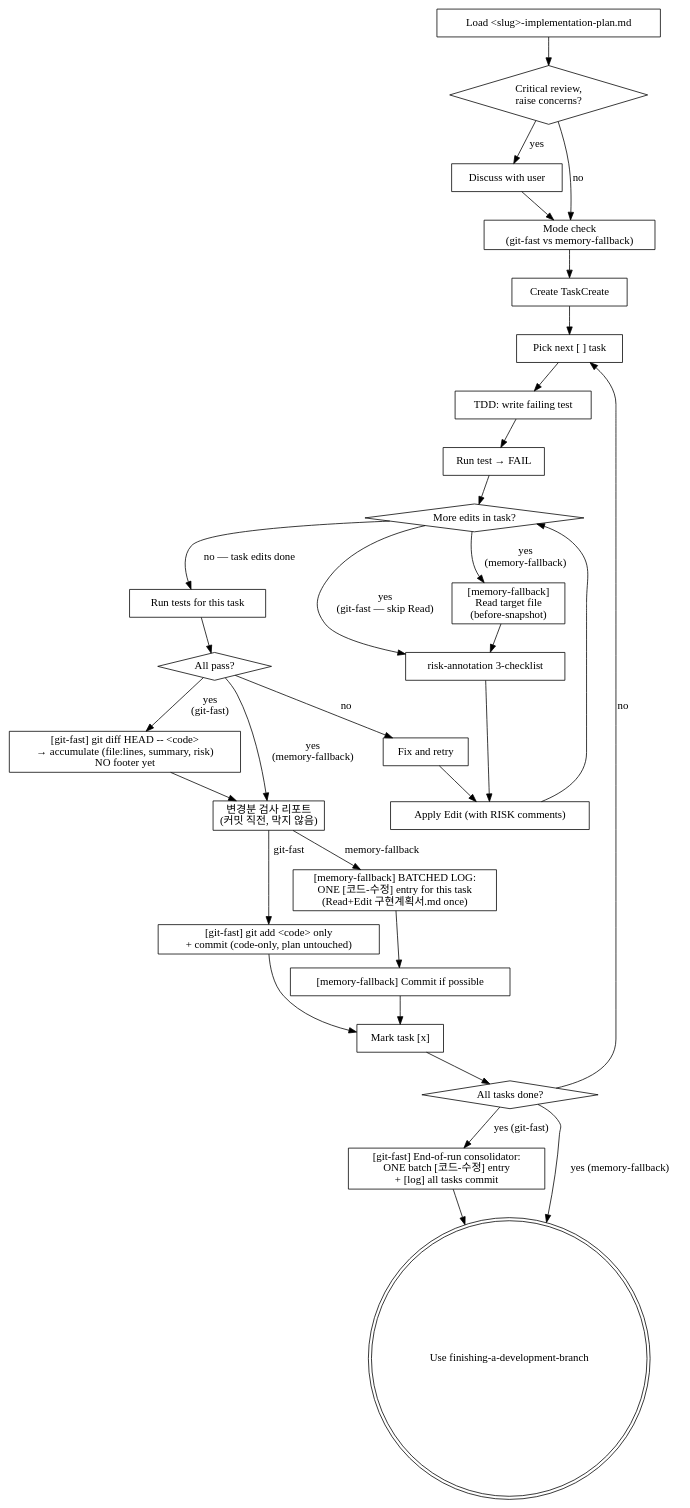
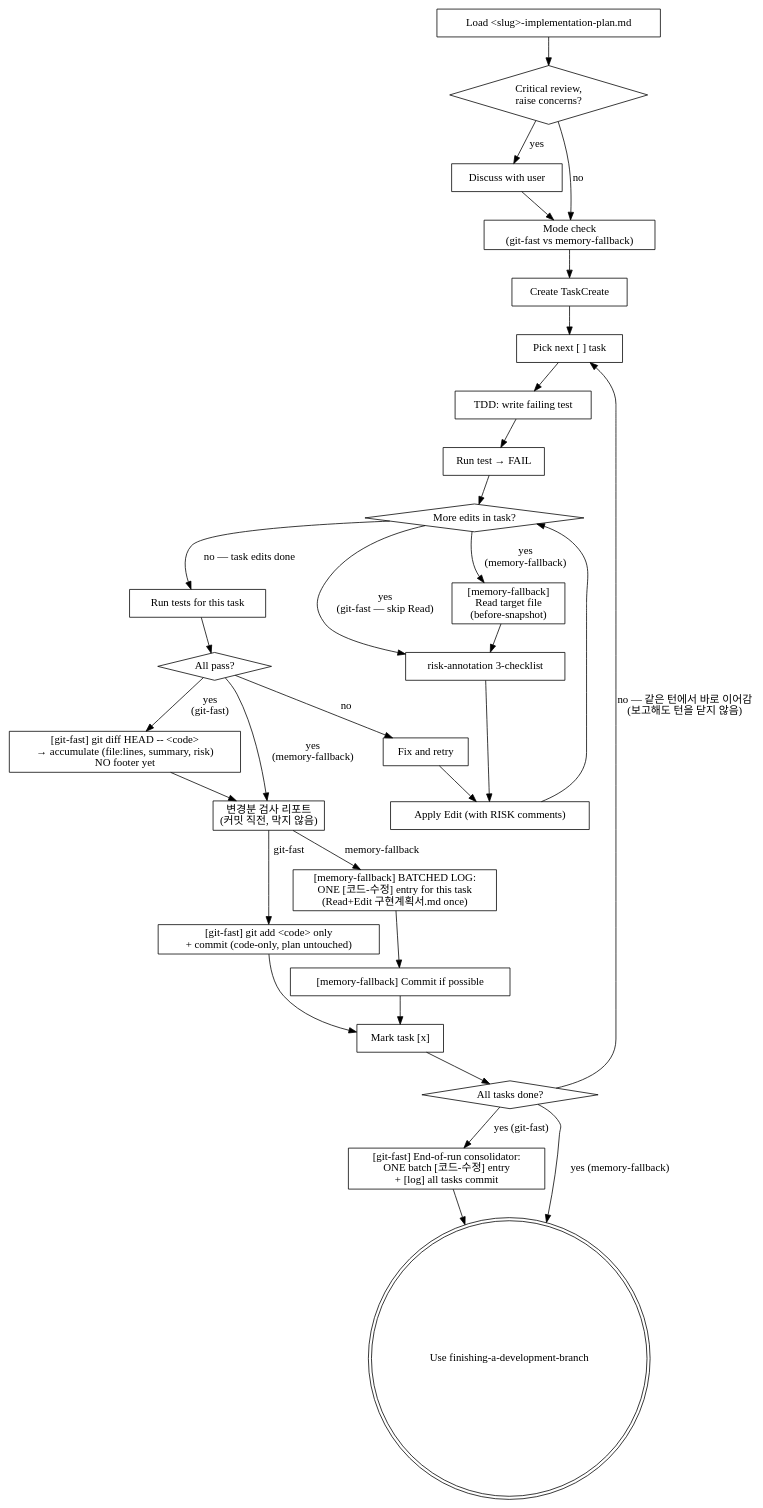
One commit to LonerStayle/js-super changed the diagram in skills/executing-plans/SKILL.md. Above: the diagram before and after it, drawn with Graphviz. The commit also changed other lines of this file and 3 other files, not shown here.

````diff
--- a/skills/executing-plans/SKILL.md
+++ b/skills/executing-plans/SKILL.md
@@ -234,60 +242,60 @@
 ```dot
 digraph exec_flow {
     "Load <slug>-implementation-plan.md" [shape=box];
     "Critical review,\nraise concerns?" [shape=diamond];
     "Discuss with user" [shape=box];
     "Mode check\n(git-fast vs memory-fallback)" [shape=box];
     "Create TaskCreate" [shape=box];
     "Pick next [ ] task" [shape=box];
     "TDD: write failing test" [shape=box];
     "Run test → FAIL" [shape=box];
     "More edits in task?" [shape=diamond];
     "[memory-fallback]\nRead target file\n(before-snapshot)" [shape=box];
     "risk-annotation 3-checklist" [shape=box];
     "Apply Edit (with RISK comments)" [shape=box];
     "Run tests for this task" [shape=box];
     "All pass?" [shape=diamond];
     "변경분 검사 리포트\n(커밋 직전, 막지 않음)" [shape=box];
     "[git-fast] git diff HEAD -- <code>\n→ accumulate (file:lines, summary, risk)\nNO footer yet" [shape=box];
     "[git-fast] git add <code> only\n+ commit (code-only, plan untouched)" [shape=box];
     "[memory-fallback] BATCHED LOG:\nONE [코드-수정] entry for this task\n(Read+Edit 구현계획서.md once)" [shape=box];
     "[memory-fallback] Commit if possible" [shape=box];
     "Mark task [x]" [shape=box];
     "All tasks done?" [shape=diamond];
     "Fix and retry" [shape=box];
     "[git-fast] End-of-run consolidator:\nONE batch [코드-수정] entry\n+ [log] all tasks commit" [shape=box];
     "Use finishing-a-development-branch" [shape=doublecircle];
 
     "Load <slug>-implementation-plan.md" -> "Critical review,\nraise concerns?";
     "Critical review,\nraise concerns?" -> "Discuss with user" [label="yes"];
     "Discuss with user" -> "Mode check\n(git-fast vs memory-fallback)";
     "Critical review,\nraise concerns?" -> "Mode check\n(git-fast vs memory-fallback)" [label="no"];
     "Mode check\n(git-fast vs memory-fallback)" -> "Create TaskCreate";
     "Create TaskCreate" -> "Pick next [ ] task";
     "Pick next [ ] task" -> "TDD: write failing test";
     "TDD: write failing test" -> "Run test → FAIL";
     "Run test → FAIL" -> "More edits in task?";
     "More edits in task?" -> "[memory-fallback]\nRead target file\n(before-snapshot)" [label="yes\n(memory-fallback)"];
     "More edits in task?" -> "risk-annotation 3-checklist" [label="yes\n(git-fast — skip Read)"];
     "[memory-fallback]\nRead target file\n(before-snapshot)" -> "risk-annotation 3-checklist";
     "risk-annotation 3-checklist" -> "Apply Edit (with RISK comments)";
     "Apply Edit (with RISK comments)" -> "More edits in task?";
     "More edits in task?" -> "Run tests for this task" [label="no — task edits done"];
     "Run tests for this task" -> "All pass?";
     "All pass?" -> "[git-fast] git diff HEAD -- <code>\n→ accumulate (file:lines, summary, risk)\nNO footer yet" [label="yes\n(git-fast)"];
     "All pass?" -> "변경분 검사 리포트\n(커밋 직전, 막지 않음)" [label="yes\n(memory-fallback)"];
     "변경분 검사 리포트\n(커밋 직전, 막지 않음)" -> "[memory-fallback] BATCHED LOG:\nONE [코드-수정] entry for this task\n(Read+Edit 구현계획서.md once)" [label="memory-fallback"];
     "All pass?" -> "Fix and retry" [label="no"];
     "Fix and retry" -> "Apply Edit (with RISK comments)";
     "[git-fast] git diff HEAD -- <code>\n→ accumulate (file:lines, summary, risk)\nNO footer yet" -> "변경분 검사 리포트\n(커밋 직전, 막지 않음)";
     "변경분 검사 리포트\n(커밋 직전, 막지 않음)" -> "[git-fast] git add <code> only\n+ commit (code-only, plan untouched)" [label="git-fast"];
     "[git-fast] git add <code> only\n+ commit (code-only, plan untouched)" -> "Mark task [x]";
     "[memory-fallback] BATCHED LOG:\nONE [코드-수정] entry for this task\n(Read+Edit 구현계획서.md once)" -> "[memory-fallback] Commit if possible";
     "[memory-fallback] Commit if possible" -> "Mark task [x]";
     "Mark task [x]" -> "All tasks done?";
-    "All tasks done?" -> "Pick next [ ] task" [label="no"];
+    "All tasks done?" -> "Pick next [ ] task" [label="no — 같은 턴에서 바로 이어감\n(보고해도 턴을 닫지 않음)"];
     "All tasks done?" -> "[git-fast] End-of-run consolidator:\nONE batch [코드-수정] entry\n+ [log] all tasks commit" [label="yes (git-fast)"];
     "[git-fast] End-of-run consolidator:\nONE batch [코드-수정] entry\n+ [log] all tasks commit" -> "Use finishing-a-development-branch";
     "All tasks done?" -> "Use finishing-a-development-branch" [label="yes (memory-fallback)"];
 }
 ```
````
